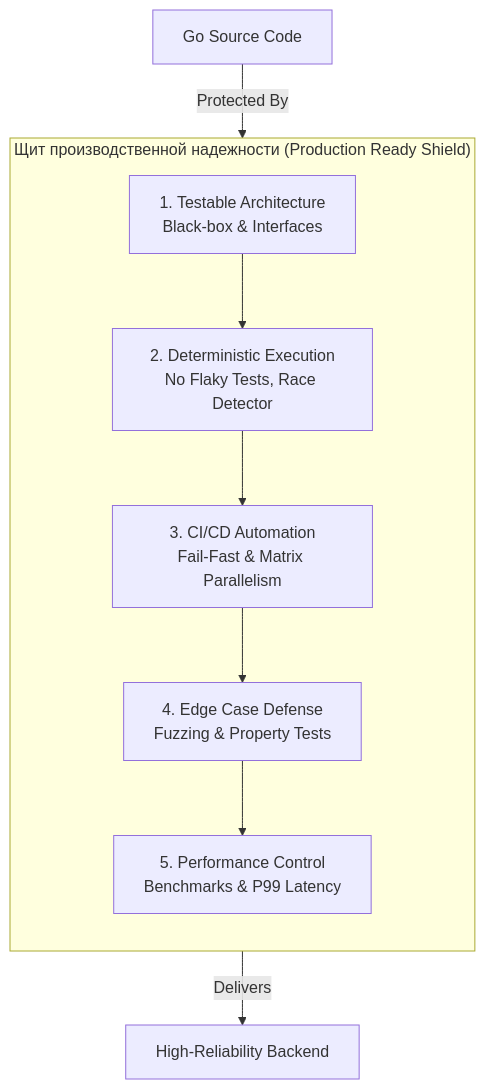
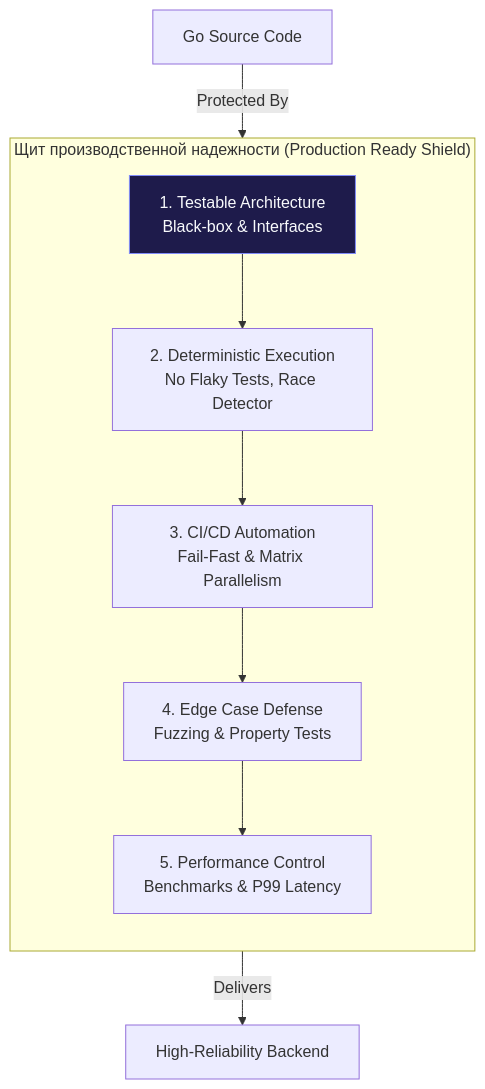
The first of 2 diagrams in sources/15. Тестирование в Go (QA & Testing)/10. Практика и CI/10. Итоги раздела. Production ready testing.md (UnrealTemplier/go-textbook), drawn with Mermaid before and after one commit. The commit also changed other lines of this file and 1666 other files, not shown here.

First line of the commit message:
feat(mermaid): add semantic color classDef to 1369 colorless flowchart/graph diagrams

````diff
--- a/sources/15. Тестирование в Go (QA & Testing)/10. Практика и CI/10. Итоги раздела. Production ready testing.md
+++ b/sources/15. Тестирование в Go (QA & Testing)/10. Практика и CI/10. Итоги раздела. Production ready testing.md
@@ -12,13 +12,23 @@
 ```mermaid
 flowchart TD
+    classDef process  fill:#1e293b,stroke:#38bdf8,stroke-width:1px,color:#f8fafc
+    classDef success  fill:#064e3b,stroke:#34d399,stroke-width:1px,color:#f8fafc
+    classDef error    fill:#7f1d1d,stroke:#f87171,stroke-width:1px,color:#f8fafc
+    classDef warning  fill:#78350f,stroke:#fbbf24,stroke-width:1px,color:#f8fafc
+    classDef entry    fill:#1e3a5f,stroke:#38bdf8,stroke-width:2px,color:#f8fafc
+    classDef aux      fill:#334155,stroke:#64748b,stroke-width:1px,color:#f8fafc
+    classDef system   fill:#312e81,stroke:#a78bfa,stroke-width:1px,color:#f8fafc
+    classDef data     fill:#132d29,stroke:#2dd4bf,stroke-width:1px,color:#f8fafc
+    classDef network  fill:#881337,stroke:#fb7185,stroke-width:1px,color:#f8fafc
+    classDef accent   fill:#1e1b4b,stroke:#818cf8,stroke-width:1px,color:#f8fafc
     subgraph Production Ready Shield ["Щит производственной надежности (Production Ready Shield)"]
         direction TB
-        A["1. Testable Architecture<br/>Black-box & Interfaces"] --> B["2. Deterministic Execution<br/>No Flaky Tests, Race Detector"]
+        A["1. Testable Architecture<br/>Black-box & Interfaces"]:::accent --> B["2. Deterministic Execution<br/>No Flaky Tests, Race Detector"]
         B --> C["3. CI/CD Automation<br/>Fail-Fast & Matrix Parallelism"]
         C --> D["4. Edge Case Defense<br/>Fuzzing & Property Tests"]
         D --> E["5. Performance Control<br/>Benchmarks & P99 Latency"]
     end
     
     Code["Go Source Code"] -->|Protected By| A
     E -->|Delivers| Reli["High-Reliability Backend"]
 ```
````
